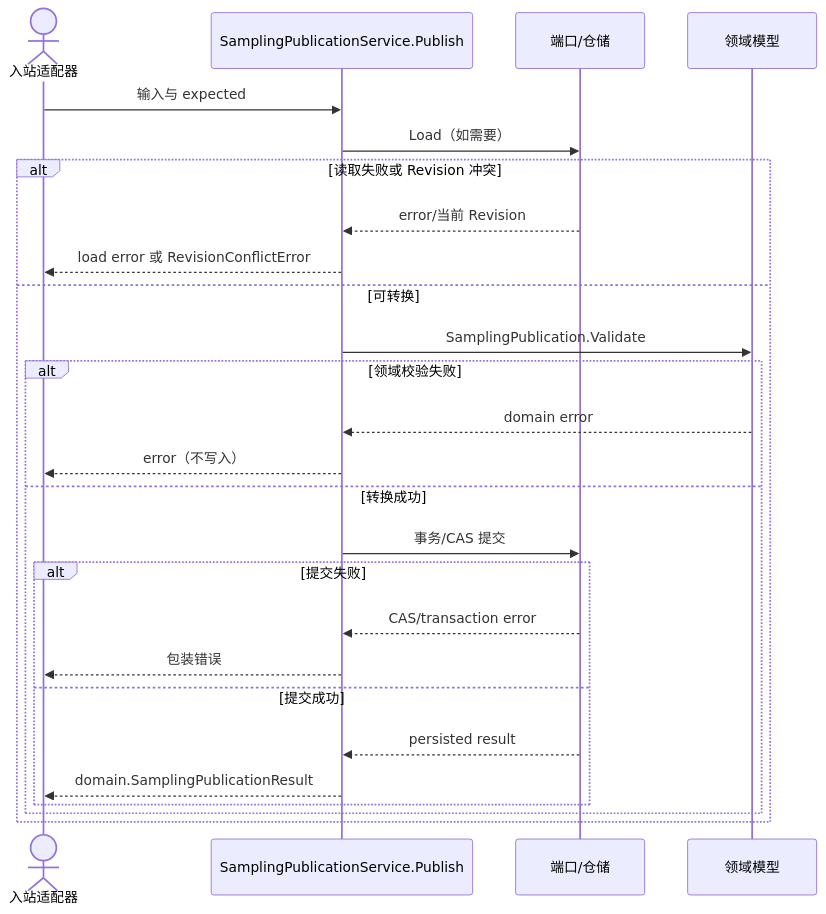
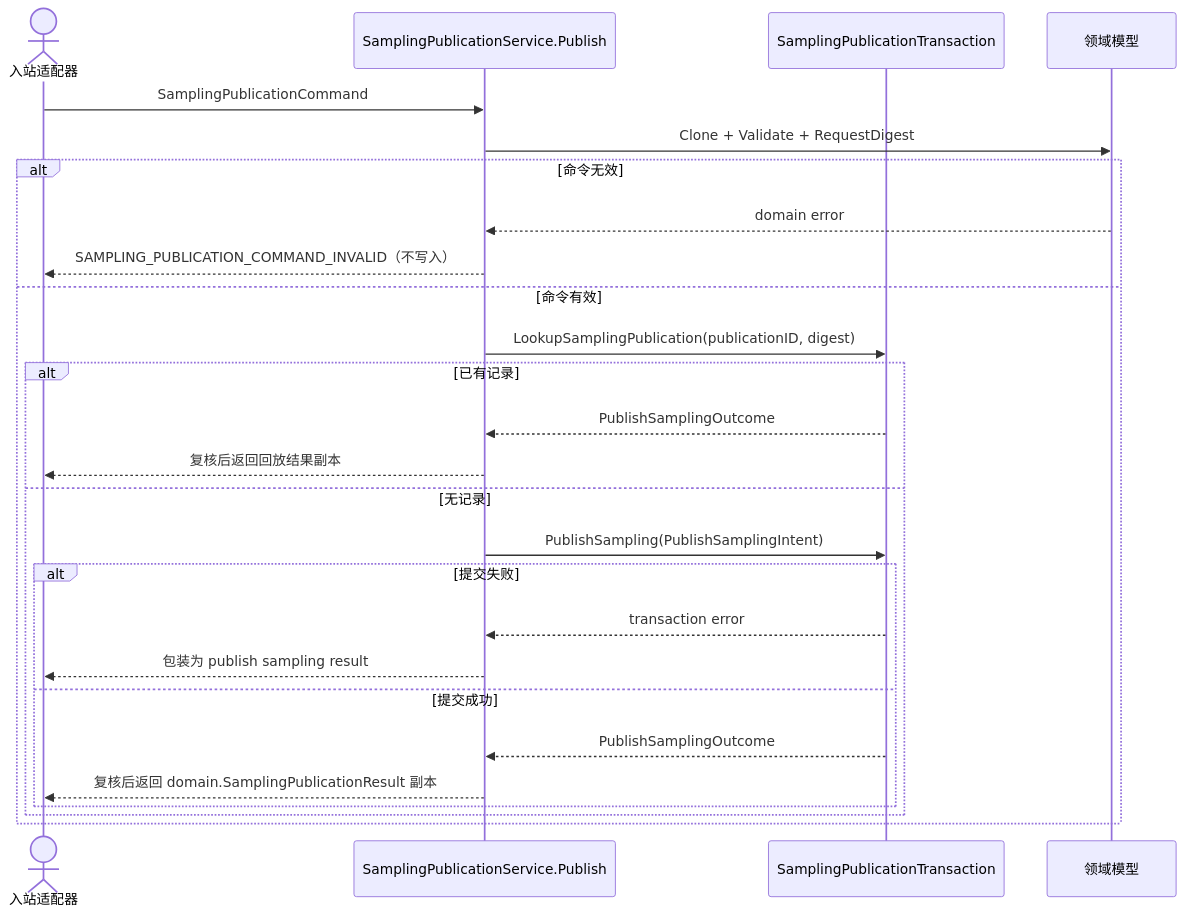
The first of 2 diagrams in docs/application/automation/publish-sampling.md (Capsule7446/healix-core), drawn with Mermaid before and after one commit. The commit also changed other lines of this file and 380 other files, not shown here.

````diff
--- a/docs/application/automation/publish-sampling.md
+++ b/docs/application/automation/publish-sampling.md
@@ -30,28 +26,28 @@
 ```mermaid
 sequenceDiagram
     actor A as 入站适配器
     participant S as SamplingPublicationService.Publish
-    participant R as 端口/仓储
+    participant R as SamplingPublicationTransaction
     participant D as 领域模型
-    A->>S: 输入与 expected
-    S->>R: Load（如需要）
-    alt 读取失败或 Revision 冲突
-        R-->>S: error/当前 Revision
-        S-->>A: load error 或 RevisionConflictError
-    else 可转换
-        S->>D: SamplingPublication.Validate
-        alt 领域校验失败
-            D-->>S: domain error
-            S-->>A: error（不写入）
-        else 转换成功
-            S->>R: 事务/CAS 提交
+    A->>S: SamplingPublicationCommand
+    S->>D: Clone + Validate + RequestDigest
+    alt 命令无效
+        D-->>S: domain error
+        S-->>A: SAMPLING_PUBLICATION_COMMAND_INVALID（不写入）
+    else 命令有效
+        S->>R: LookupSamplingPublication(publicationID, digest)
+        alt 已有记录
+            R-->>S: PublishSamplingOutcome
+            S-->>A: 复核后返回回放结果副本
+        else 无记录
+            S->>R: PublishSampling(PublishSamplingIntent)
             alt 提交失败
-                R-->>S: CAS/transaction error
-                S-->>A: 包装错误
+                R-->>S: transaction error
+                S-->>A: 包装为 publish sampling result
             else 提交成功
-                R-->>S: persisted result
-                S-->>A: domain.SamplingPublicationResult
+                R-->>S: PublishSamplingOutcome
+                S-->>A: 复核后返回 domain.SamplingPublicationResult 副本
             end
         end
     end
 ```
````
